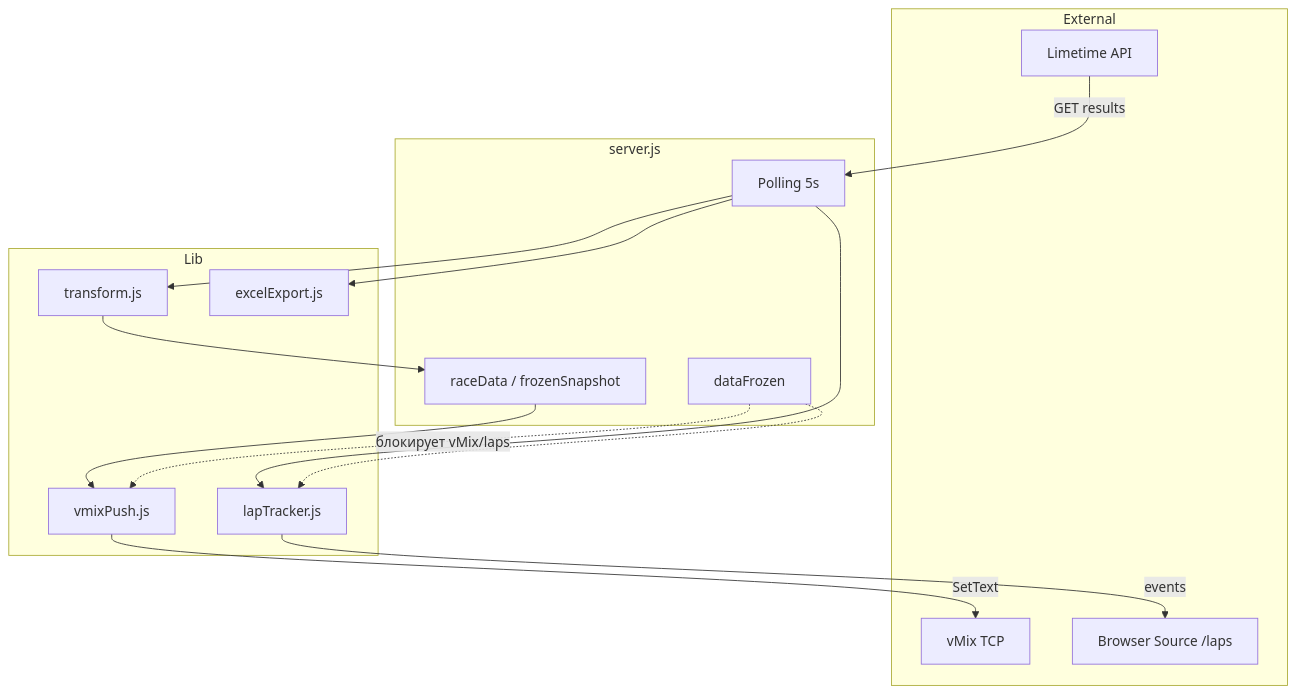
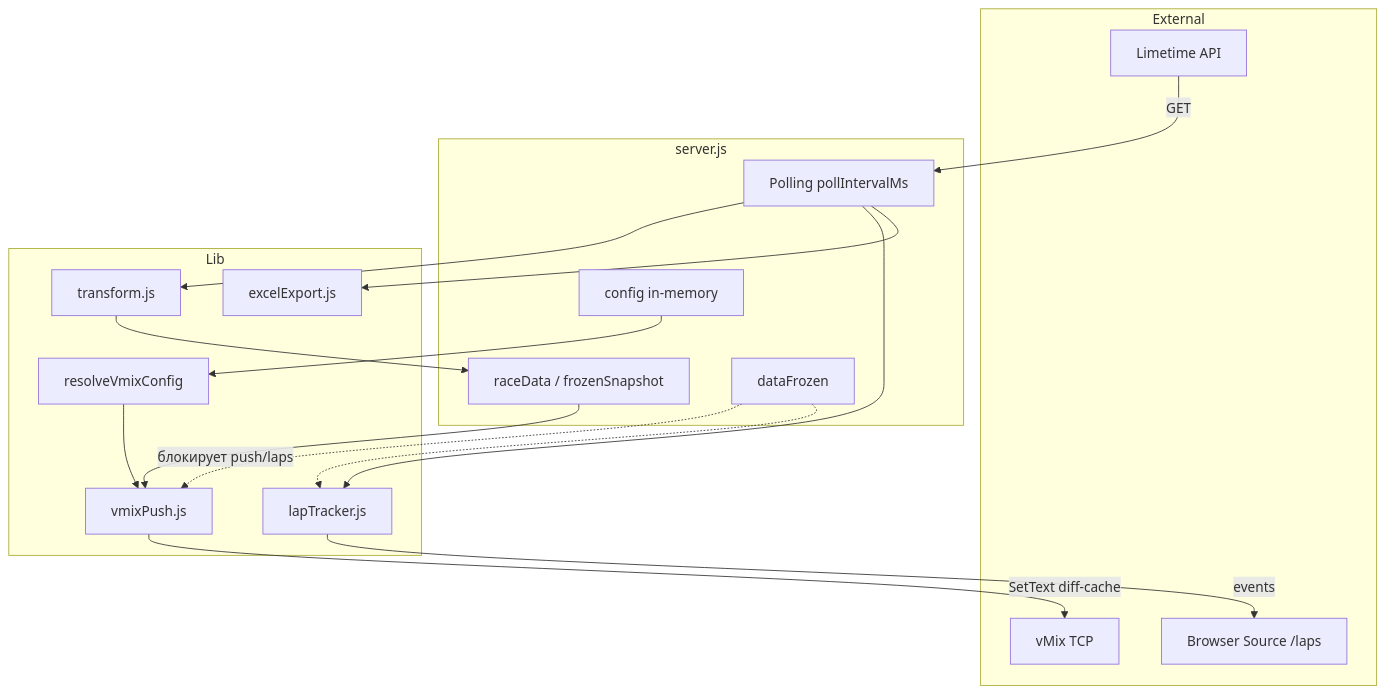
Before and after one commit to d404mer/VeloMurmansk: the diagram in docs/architecture.md, drawn with Mermaid. The commit also changed other lines of this file and 3 other files, not shown here.

````diff
--- a/docs/architecture.md
+++ b/docs/architecture.md
@@ -47,32 +48,36 @@
 ```mermaid
 flowchart TB
     subgraph External
         LT[Limetime API]
         VM[vMix TCP]
         BS[Browser Source /laps]
     end
 
     subgraph Server["server.js"]
-        Poll[Polling 5s]
+        Poll[Polling pollIntervalMs]
         State[raceData / frozenSnapshot]
         Freeze[dataFrozen]
+        Config[config in-memory]
     end
 
     subgraph Lib
         TR[transform.js]
         LTk[lapTracker.js]
         VP[vmixPush.js]
         XL[excelExport.js]
+        VC[resolveVmixConfig]
     end
 
-    LT -->|GET results| Poll
+    LT -->|GET| Poll
     Poll --> TR
     TR --> State
     State --> VP
-    VP -->|SetText| VM
+    VP -->|SetText diff-cache| VM
     Poll --> LTk
     LTk -->|events| BS
     Poll --> XL
-    Freeze -.->|блокирует vMix/laps| VP
+    Config --> VC
+    VC --> VP
+    Freeze -.->|блокирует push/laps| VP
     Freeze -.-> LTk
 ```
````
